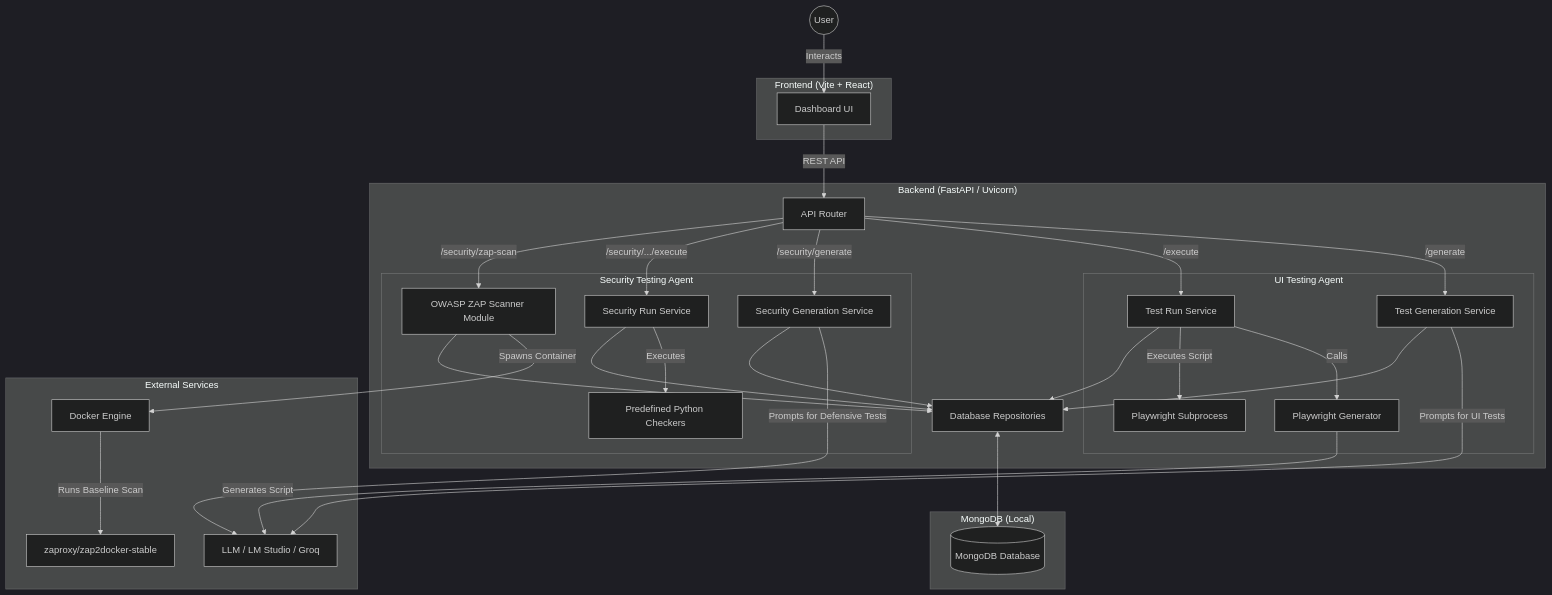
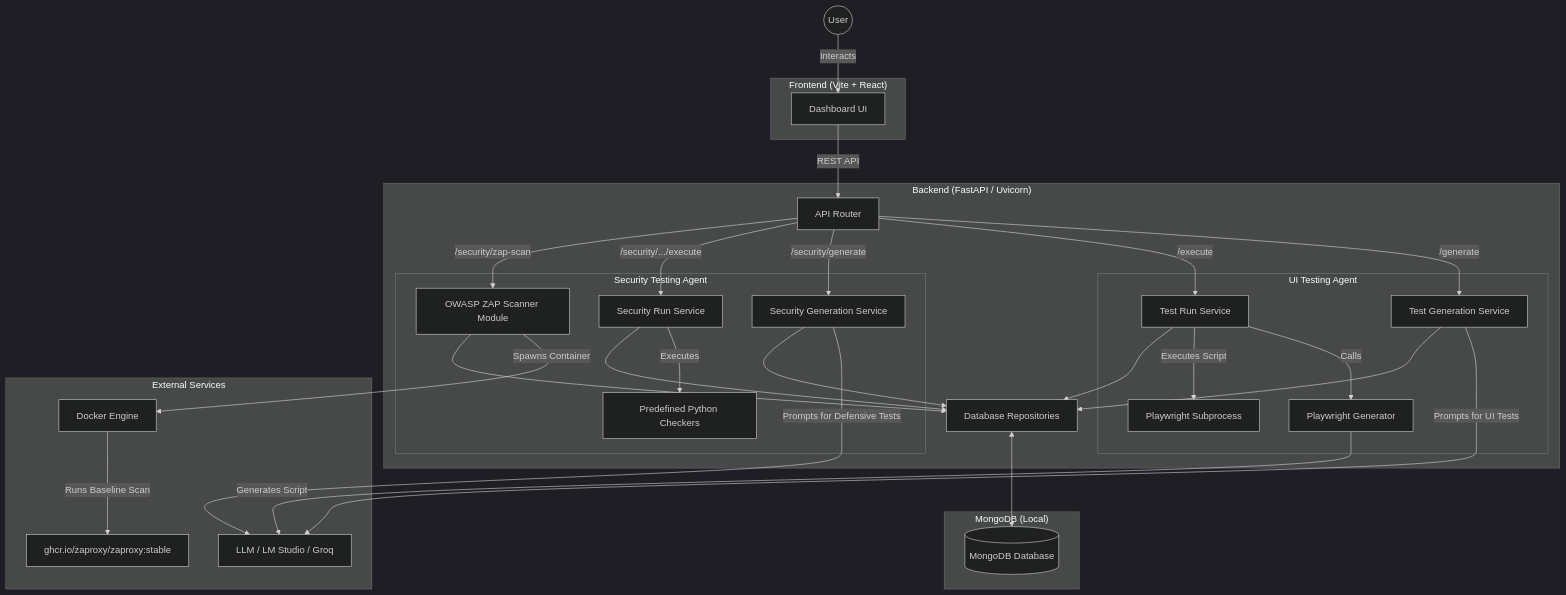
The first of 2 diagrams in README.md (Shivam-Kapure/AQuA-BTech), drawn with Mermaid (dark theme) before and after one commit. The commit also changed other lines of this file and 20 other files, not shown here.

````diff
--- a/README.md
+++ b/README.md
@@ -50,64 +50,64 @@
 ```mermaid
 flowchart TB
     User((User))
     
     subgraph Frontend["Frontend (Vite + React)"]
         UI[Dashboard UI]
     end
     
     subgraph Backend["Backend (FastAPI / Uvicorn)"]
         Router[API Router]
         
         subgraph UITesting["UI Testing Agent"]
             UIGen[Test Generation Service]
             UIRun[Test Run Service]
             PWGen[Playwright Generator]
             PWRun[Playwright Subprocess]
         end
         
         subgraph SecurityTesting["Security Testing Agent"]
             SecGen[Security Generation Service]
             SecRun[Security Run Service]
             SecCheck[Predefined Python Checkers]
             ZapScan[OWASP ZAP Scanner Module]
         end
         
         DB[Database Repositories]
     end
     
     subgraph External["External Services"]
         LLM[LLM / LM Studio / Groq]
         Docker[Docker Engine]
-        ZAPContainer[zaproxy/zap2docker-stable]
+        ZAPContainer[ghcr.io/zaproxy/zaproxy:stable]
     end
     
     subgraph Database["MongoDB (Local)"]
         Mongo[(MongoDB Database)]
     end
 
     User -->|Interacts| UI
     UI -->|REST API| Router
     Router -->|/generate| UIGen
     Router -->|/execute| UIRun
     Router -->|/security/generate| SecGen
     Router -->|/security/.../execute| SecRun
     Router -->|/security/zap-scan| ZapScan
     
     UIGen -->|Prompts for UI Tests| LLM
     UIRun -->|Calls| PWGen
     PWGen -->|Generates Script| LLM
     UIRun -->|Executes Script| PWRun
     
     SecGen -->|Prompts for Defensive Tests| LLM
     SecRun -->|Executes| SecCheck
     ZapScan -->|Spawns Container| Docker
     Docker -->|Runs Baseline Scan| ZAPContainer
     
     UIGen --> DB
     UIRun --> DB
     SecGen --> DB
     SecRun --> DB
     ZapScan --> DB
     
     DB <--> Mongo
 ```
````
